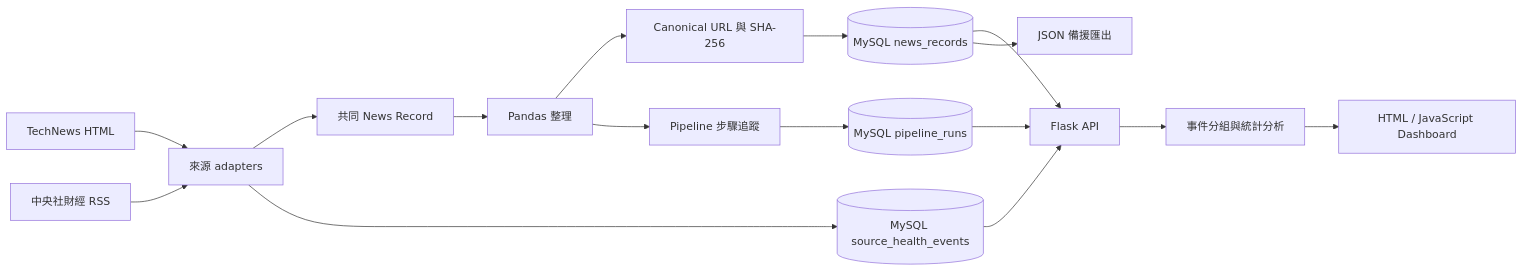
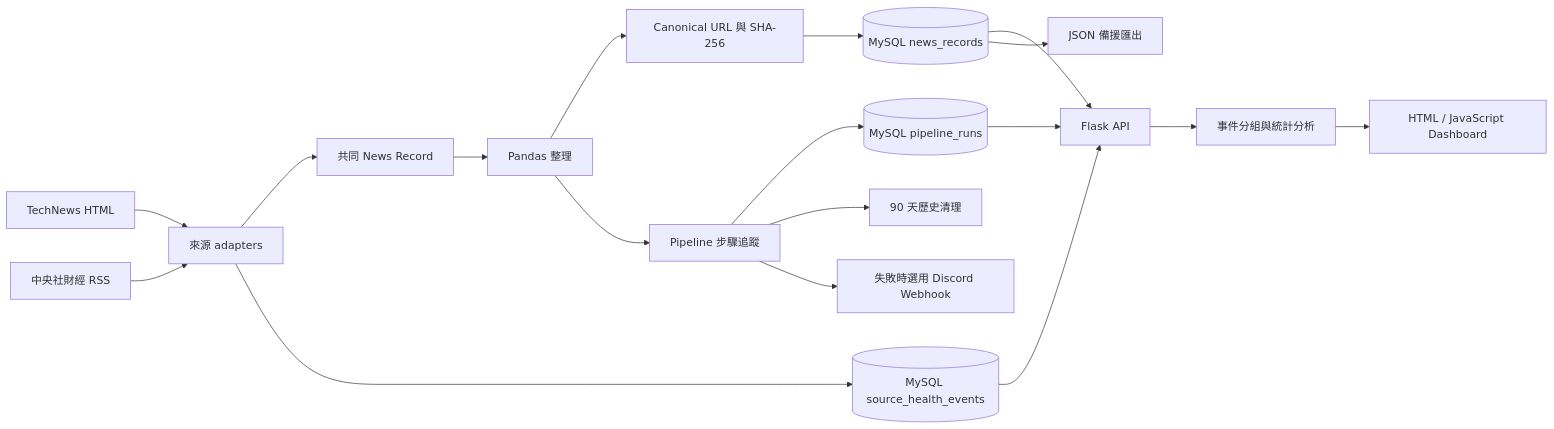
The diagram in README.md (OllieHu12304/Morning-Alpha), drawn with Mermaid before and after one commit. The commit also changed other lines of this file and 9 other files, not shown here.

````diff
--- a/README.md
+++ b/README.md
@@ -60,18 +62,20 @@
 ```mermaid
 flowchart LR
     A["TechNews HTML"] --> C["來源 adapters"]
     B["中央社財經 RSS"] --> C
     C --> D["共同 News Record"]
     D --> E["Pandas 整理"]
     E --> F["Canonical URL 與 SHA-256"]
     F --> G[("MySQL news_records")]
     C --> L[("MySQL source_health_events")]
     E --> M["Pipeline 步驟追蹤"]
     M --> N[("MySQL pipeline_runs")]
+    M --> O["90 天歷史清理"]
+    M --> P["失敗時選用 Discord Webhook"]
     G --> H["Flask API"]
     L --> H
     N --> H
     G --> I["JSON 備援匯出"]
     H --> J["事件分組與統計分析"]
     J --> K["HTML / JavaScript Dashboard"]
 ```
````
